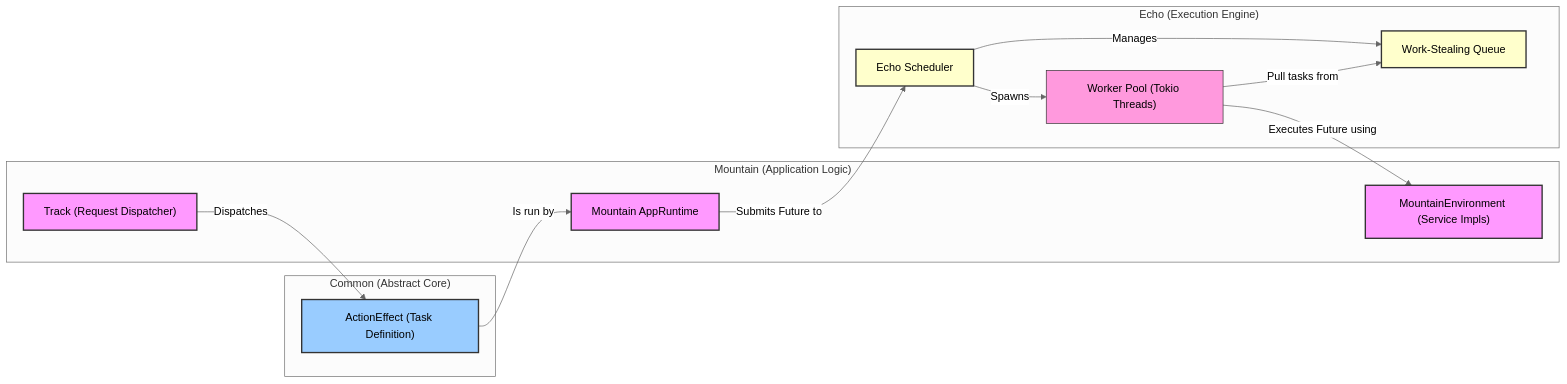
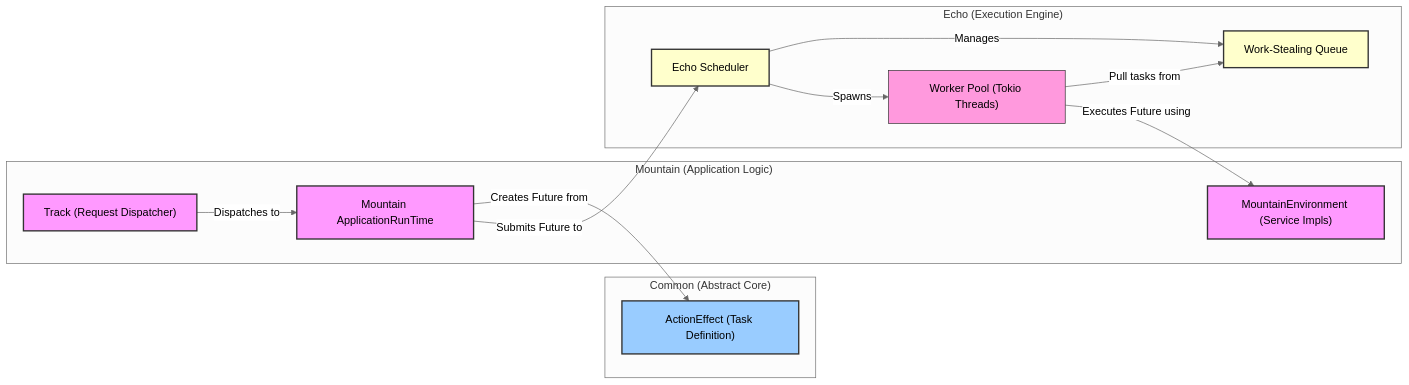
Before and after one commit to CodeEditorLand/Echo: the diagram in README.md, drawn with Mermaid (neutral theme). The commit also changed other lines of this file and 13 other files, not shown here.

````diff
--- a/README.md
+++ b/README.md
@@ -85,32 +85,32 @@
 ```mermaid
 graph LR
     classDef common fill:#9cf,stroke:#333,stroke-width:2px;
     classDef mountain fill:#f9f,stroke:#333,stroke-width:2px;
     classDef echo fill:#ffc,stroke:#333,stroke-width:2px;
     classDef rust fill:#f9d,stroke:#333,stroke-width:1px;
 
 	subgraph "Common (Abstract Core)"
 		ActionEffect["ActionEffect (Task Definition)"]:::common
 	end
 
 	subgraph "Mountain (Application Logic)"
-        AppRuntime["Mountain AppRuntime"]:::mountain
-        MountainEnv["MountainEnvironment (Service Impls)"]:::mountain
+        ApplicationRunTime["Mountain ApplicationRunTime"]:::mountain
+        MountainEnvironment["MountainEnvironment (Service Impls)"]:::mountain
         Track["Track (Request Dispatcher)"]:::mountain
 	end
 
 	subgraph "Echo (Execution Engine)"
 		Scheduler["Echo Scheduler"]:::echo
 		WorkStealingQueue["Work-Stealing Queue"]:::echo
         WorkerPool["Worker Pool (Tokio Threads)"]:::rust
 
         Scheduler -- Manages --> WorkStealingQueue;
         Scheduler -- Spawns --> WorkerPool;
         WorkerPool -- Pull tasks from --> WorkStealingQueue;
 	end
 
-    Track -- Dispatches --> ActionEffect;
-    ActionEffect -- Is run by --> AppRuntime;
-    AppRuntime -- Submits Future to --> Scheduler;
-    WorkerPool -- Executes Future using --> MountainEnv;
+    Track -- Dispatches to --> ApplicationRunTime;
+    ApplicationRunTime -- Creates Future from --> ActionEffect;
+    ApplicationRunTime -- Submits Future to --> Scheduler;
+    WorkerPool -- Executes Future using --> MountainEnvironment;
 ```
````
